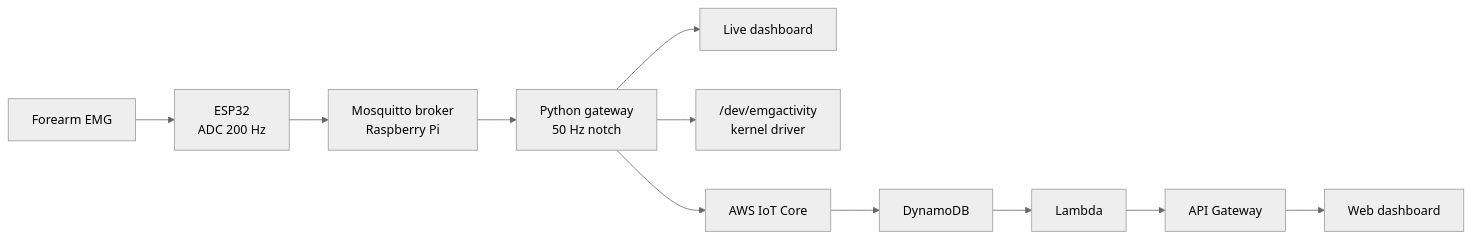
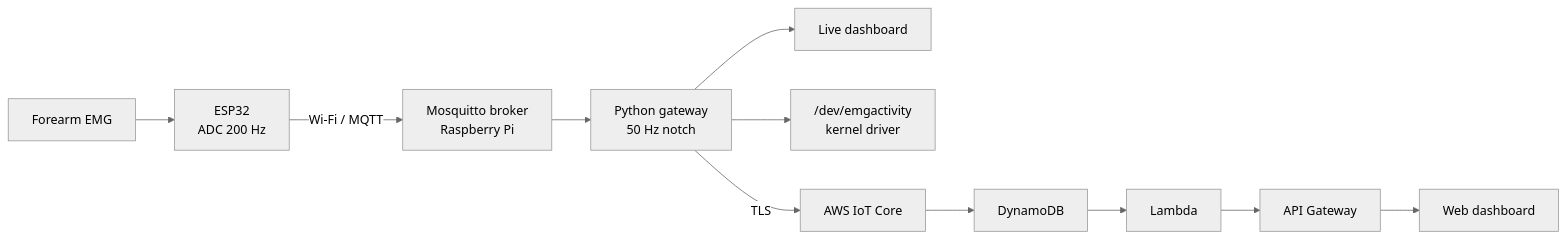
Before and after one commit to KenKadilar/EMG-Telemetry: the diagram in README.md, drawn with Mermaid (neutral theme).

Commit message:
README: restore Wi-Fi/MQTT and TLS labels on the architecture diagram

````diff
--- a/README.md
+++ b/README.md
@@ -35,10 +35,10 @@
 ```mermaid
 flowchart LR
     EMG[Forearm EMG] --> ESP[ESP32<br/>ADC 200 Hz]
-    ESP --> BROKER[Mosquitto broker<br/>Raspberry Pi]
+    ESP -->|Wi-Fi / MQTT| BROKER[Mosquitto broker<br/>Raspberry Pi]
     BROKER --> GW[Python gateway<br/>50 Hz notch]
     GW --> MON[Live dashboard]
     GW --> DRV["/dev/emgactivity<br/>kernel driver"]
-    GW --> IOT[AWS IoT Core]
+    GW -->|TLS| IOT[AWS IoT Core]
     IOT --> DDB[DynamoDB] --> LAM[Lambda] --> API[API Gateway] --> WEB[Web dashboard]
 ```
````
